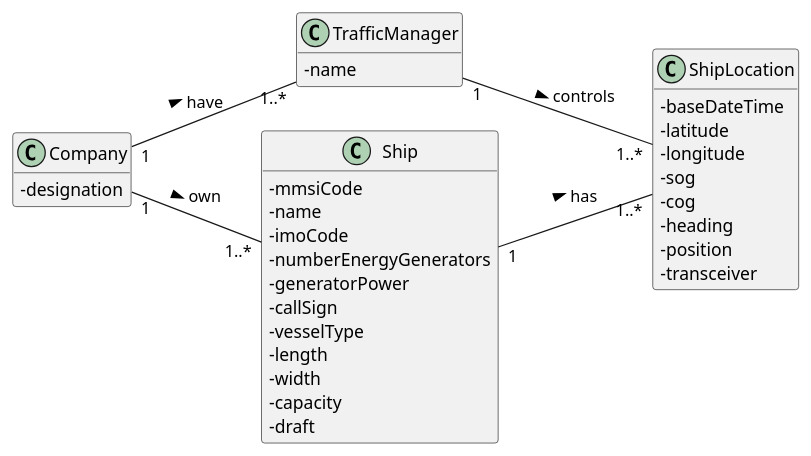
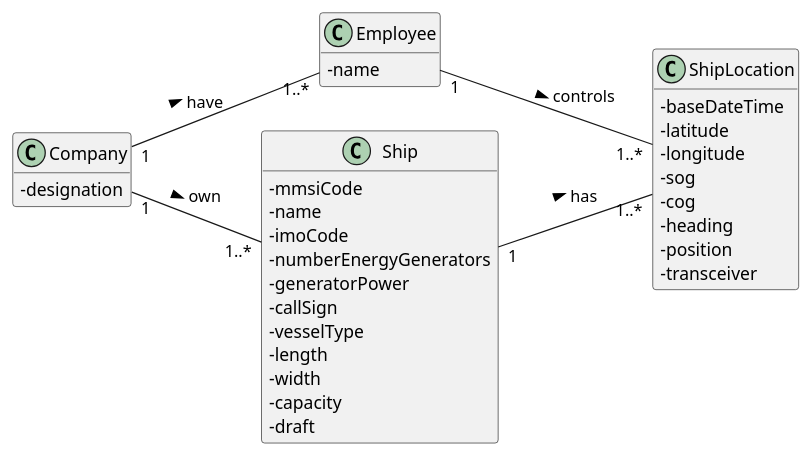
One commit to 0franciscor/lapr3-2021-g042 changed the diagram in docs/US103/US103_DM.puml. Above: the diagram before and after it, drawn with PlantUML. The commit also changed 9 other files, not shown here.

Commit message:
G42-63 #time 20m #comment replacement of traffic manager class by employee

```diff
--- a/docs/US103/US103_DM.puml
+++ b/docs/US103/US103_DM.puml
@@ -1,48 +1,48 @@
 @startuml
 'https://plantuml.com/class-diagram
 
 hide methods
 left to right direction
 skinparam classAttributeIconSize 0
 
-class TrafficManager {
+class Employee {
 -name
 }
 
 class ShipLocation {
 -baseDateTime
 -latitude
 -longitude
 -sog
 -cog
 -heading
 -position
 -transceiver
 }
 
 class Ship {
 -mmsiCode
 -name
 -imoCode
 -numberEnergyGenerators
 -generatorPower
 -callSign
 -vesselType
 -length
 -width
 -capacity
 -draft
 }
 
 class Company {
 -designation
 }
 
 Company "1"--"1..*" Ship: own >
-Company "1"--"1..*" TrafficManager: have >
+Company "1"--"1..*" Employee: have >
 
 Ship "1" -- "1..*" ShipLocation : has >
 
-TrafficManager "1" -- "1..*" ShipLocation : controls >
+Employee "1" -- "1..*" ShipLocation : controls >
 
 @enduml
```
